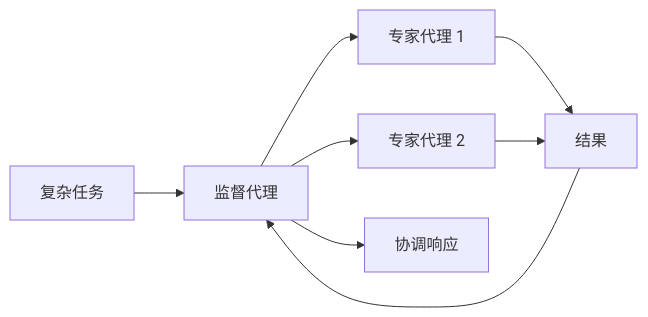
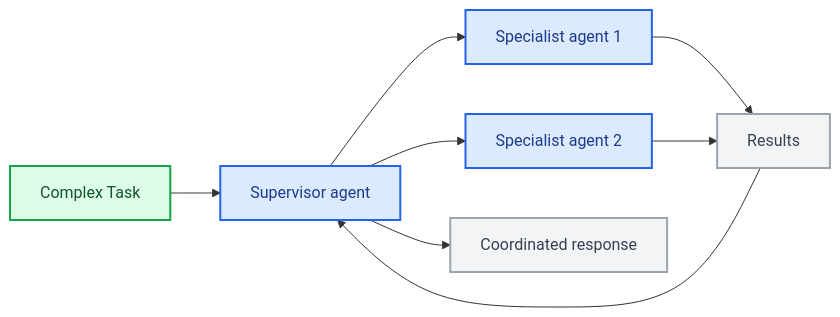
The fourth of 4 diagrams in oss/javascript/langchain/component-architecture.mdx (kunfan96/cndocs-langchain), drawn with Mermaid before and after one commit. The commit also changed other lines of this file and 2611 other files, not shown here.

````diff
--- a/oss/javascript/langchain/component-architecture.mdx
+++ b/oss/javascript/langchain/component-architecture.mdx
@@ -102,10 +130,18 @@
 ```mermaid
 graph LR
-    A[复杂任务] --> B[监督代理]
-    B --> C[专家代理 1]
-    B --> D[专家代理 2]
-    C --> E[结果]
+    A[Complex Task] --> B[Supervisor agent]
+    B --> C[Specialist agent 1]
+    B --> D[Specialist agent 2]
+    C --> E[Results]
     D --> E
     E --> B
-    B --> F[协调响应]
+    B --> F[Coordinated response]
+
+    classDef trigger fill:#DCFCE7,stroke:#16A34A,stroke-width:2px,color:#14532D
+    classDef process fill:#DBEAFE,stroke:#2563EB,stroke-width:2px,color:#1E3A8A
+    classDef neutral fill:#F3F4F6,stroke:#9CA3AF,stroke-width:2px,color:#374151
+
+    class A trigger
+    class B,C,D process
+    class E,F neutral
 ```
````
